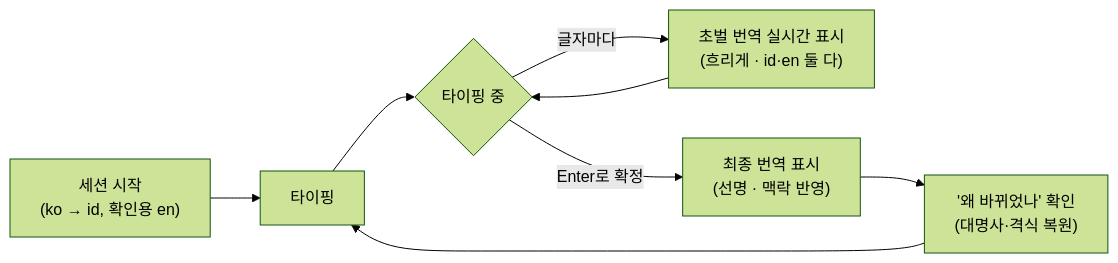
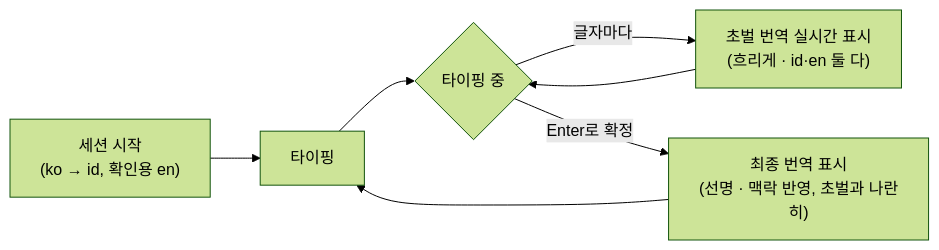
One commit to MR-INHA-LLM/live-translate changed the first of 3 diagrams in docs/user-scenario.md. Above: the diagram before and after it, drawn with Mermaid (forest theme). The commit also changed other lines of this file and 5 other files, not shown here.

````diff
--- a/docs/user-scenario.md
+++ b/docs/user-scenario.md
@@ -30,10 +36,9 @@
 ```mermaid
 flowchart LR
   A["세션 시작<br/>(ko → id, 확인용 en)"] --> B["타이핑"]
   B --> C{"타이핑 중"}
   C -->|"글자마다"| D["초벌 번역 실시간 표시<br/>(흐리게 · id·en 둘 다)"]
   D --> C
-  C -->|"Enter로 확정"| E["최종 번역 표시<br/>(선명 · 맥락 반영)"]
-  E --> F["'왜 바뀌었나' 확인<br/>(대명사·격식 복원)"]
-  F --> B
+  C -->|"Enter로 확정"| E["최종 번역 표시<br/>(선명 · 맥락 반영, 초벌과 나란히)"]
+  E --> B
 ```
````
